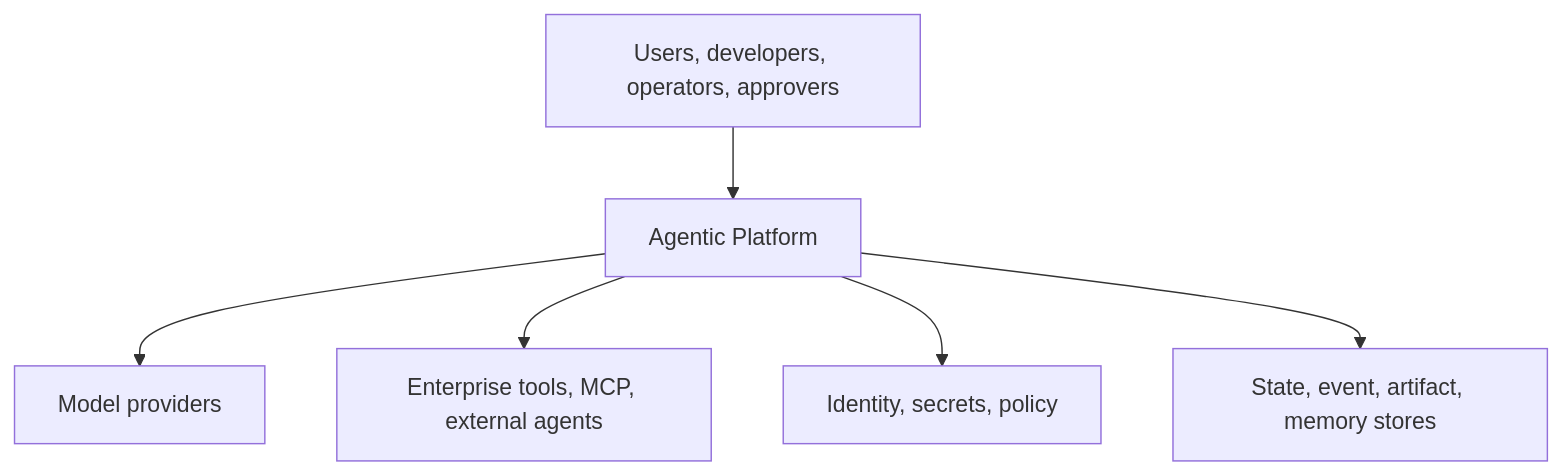
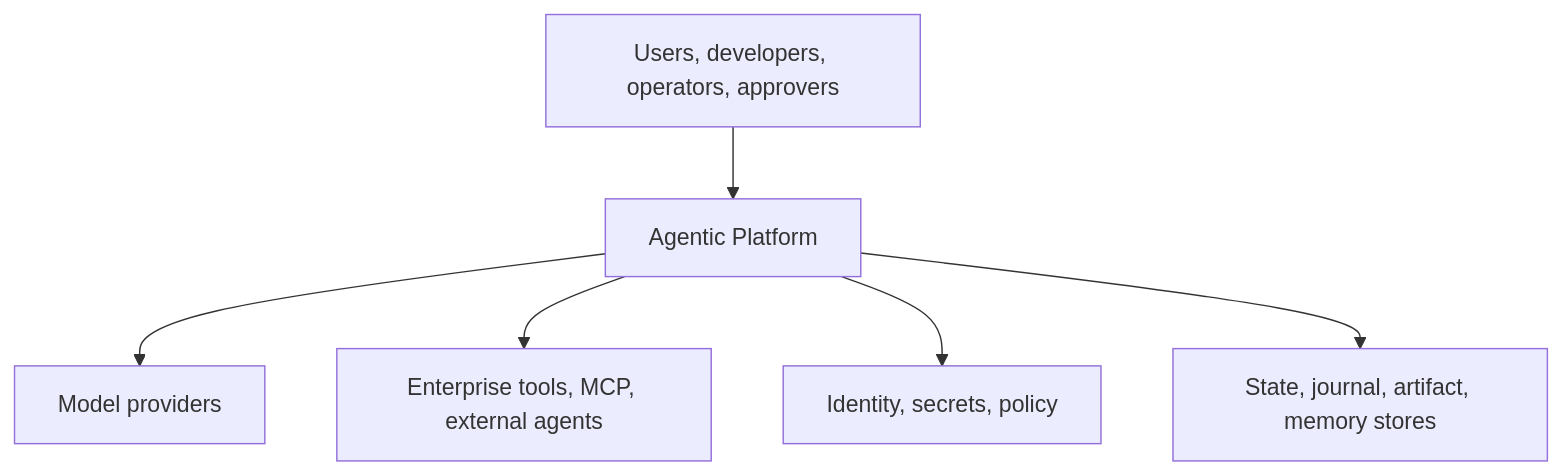
One commit to thaithienvanid/agentic-reference-architecture changed the second of 15 diagrams in diagrams/index.mdx. Above: the diagram before and after it, drawn with Mermaid. The commit also changed other lines of this file, not shown here.

Commit message:
align diagram pack with canonical documentation and runtime model

````diff
--- a/diagrams/index.mdx
+++ b/diagrams/index.mdx
@@ -27,8 +29,8 @@
 ```mermaid
 flowchart TB
   People["Users, developers, operators, approvers"] --> Platform["Agentic Platform"]
   Platform --> Models["Model providers"]
   Platform --> Tools["Enterprise tools, MCP, external agents"]
   Platform --> Identity["Identity, secrets, policy"]
-  Platform --> Data["State, event, artifact, memory stores"]
+  Platform --> Data["State, journal, artifact, memory stores"]
 ```
````
